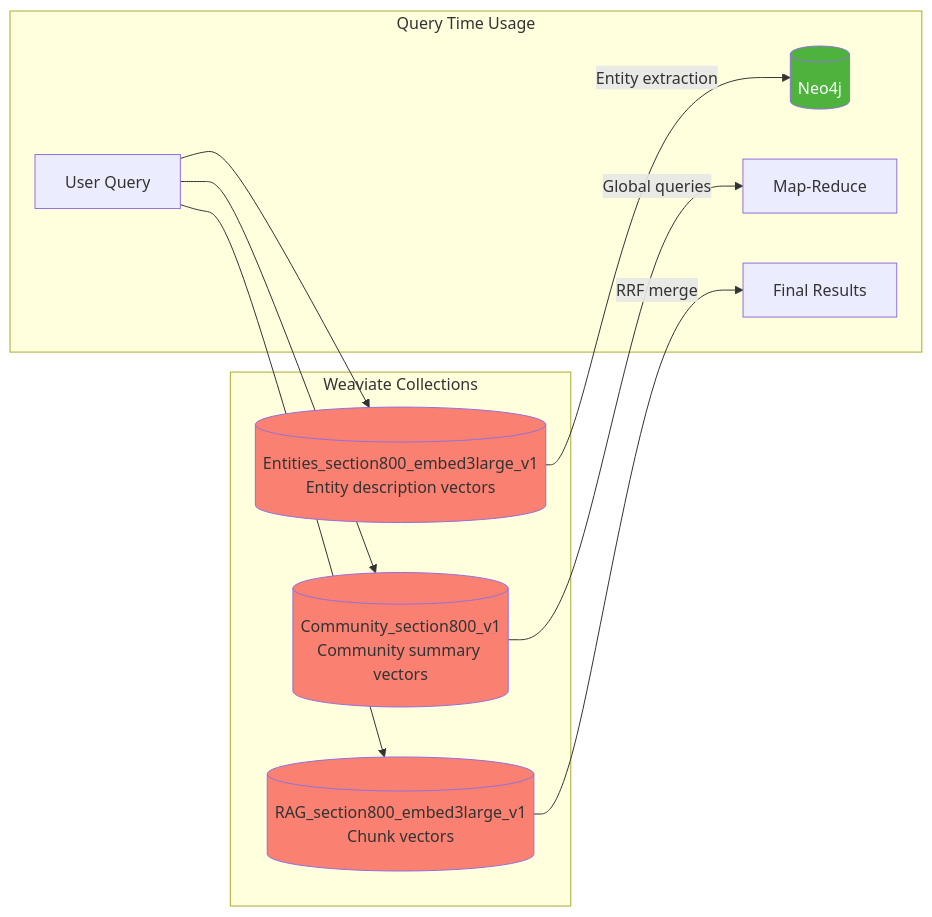
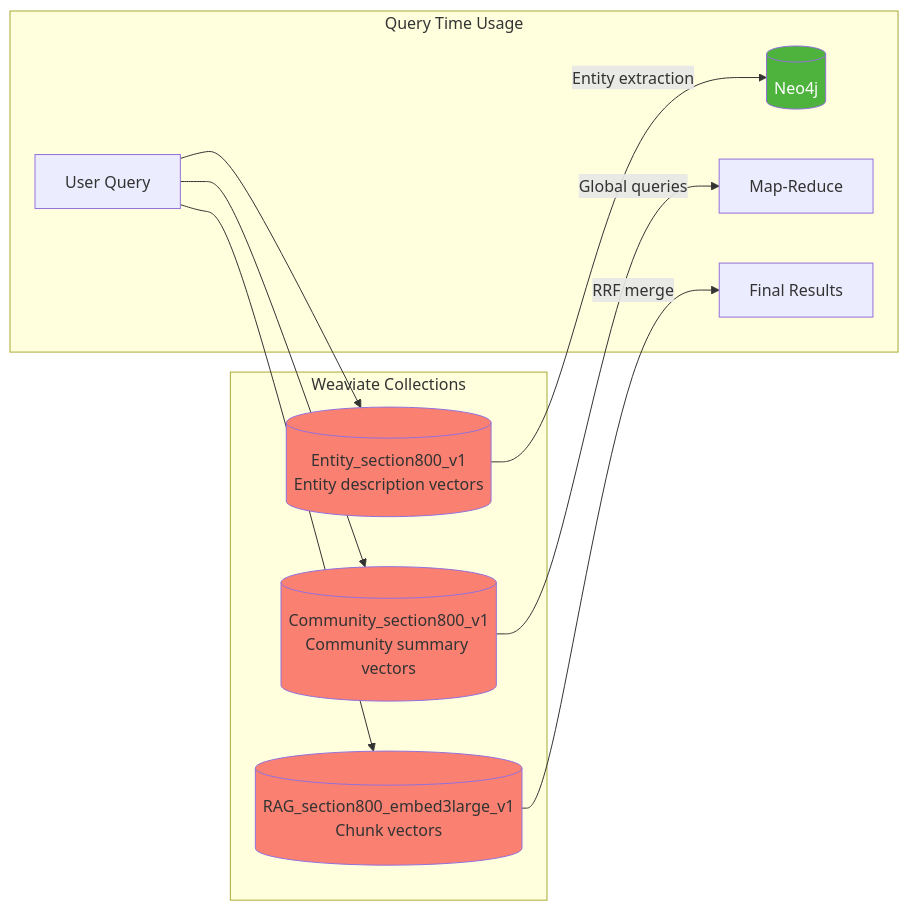
The sixth of 8 diagrams in memory-bank/graphrag/graphrag_raglab_implementation.md (crlsrmrlsz/raglab), drawn with Mermaid before and after one commit. The commit also changed other lines of this file, not shown here.

First line of the commit message:
docs(graphrag): fix entity collection name in implementation doc

````diff
--- a/memory-bank/graphrag/graphrag_raglab_implementation.md
+++ b/memory-bank/graphrag/graphrag_raglab_implementation.md
@@ -454,23 +454,23 @@
 ```mermaid
 flowchart LR
     subgraph Collections["Weaviate Collections"]
         CHUNKS[(RAG_section800_embed3large_v1<br/>Chunk vectors)]
         COMMS[(Community_section800_v1<br/>Community summary vectors)]
-        ENTS[(Entities_section800_embed3large_v1<br/>Entity description vectors)]
+        ENTS[(Entity_section800_v1<br/>Entity description vectors)]
     end
 
     subgraph Usage["Query Time Usage"]
         QUERY[User Query] --> CHUNKS
         QUERY --> COMMS
         QUERY --> ENTS
 
         ENTS --> |Entity extraction| NEO4J[(Neo4j)]
         COMMS --> |Global queries| MAPRED[Map-Reduce]
         CHUNKS --> |RRF merge| RESULTS[Final Results]
     end
 
     style CHUNKS fill:#fa8072
     style COMMS fill:#fa8072
     style ENTS fill:#fa8072
     style NEO4J fill:#4db33d,color:white
 ```
````
